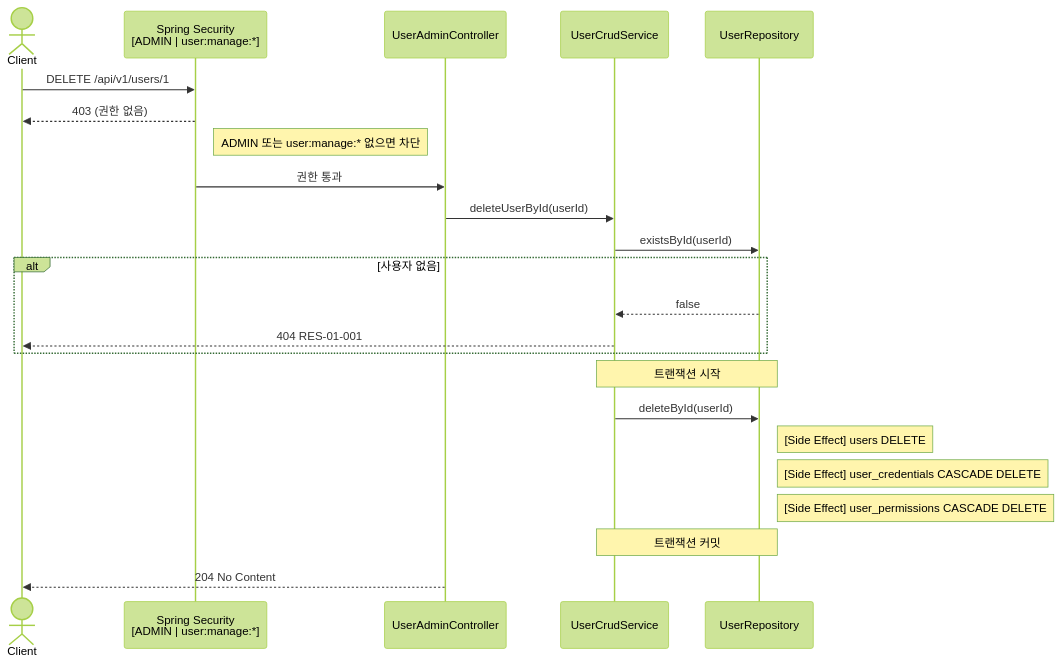
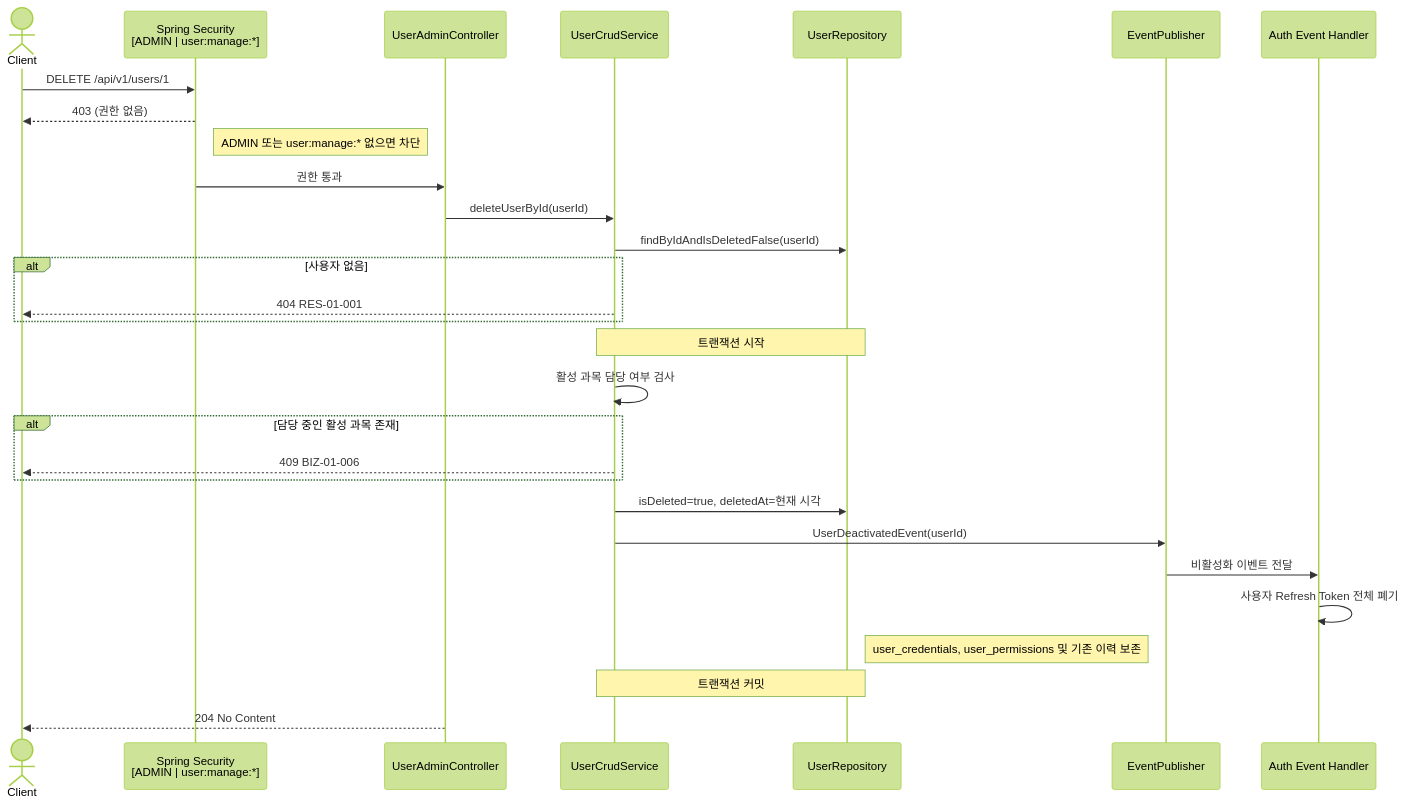
The fifth of 10 diagrams in docs/Domain/User/README.md (Geumjeongyahak/Backend), drawn with Mermaid (forest theme) before and after one commit. The commit also changed other lines of this file and 10 other files, not shown here.

Commit message:
docs(user): 계정 비활성화 및 인증 차단 정책 문서화 (#102)

````diff
--- a/docs/Domain/User/README.md
+++ b/docs/Domain/User/README.md
@@ -322,29 +322,35 @@
 ```mermaid
 sequenceDiagram
     actor Client
     participant Security as Spring Security<br/>[ADMIN | user:manage:*]
     participant Controller as UserAdminController
     participant Service as UserCrudService
     participant DB as UserRepository
+    participant Event as EventPublisher
+    participant Auth as Auth Event Handler
 
     Client->>Security: DELETE /api/v1/users/1
     Security-->>Client: 403 (권한 없음)
     note right of Security: ADMIN 또는 user:manage:* 없으면 차단
 
     Security->>Controller: 권한 통과
     Controller->>Service: deleteUserById(userId)
-    Service->>DB: existsById(userId)
+    Service->>DB: findByIdAndIsDeletedFalse(userId)
     alt 사용자 없음
-        DB-->>Service: false
         Service-->>Client: 404 RES-01-001
     end
 
     note over Service,DB: 트랜잭션 시작
-    Service->>DB: deleteById(userId)
-    note right of DB: [Side Effect] users DELETE
-    note right of DB: [Side Effect] user_credentials CASCADE DELETE
-    note right of DB: [Side Effect] user_permissions CASCADE DELETE
+    Service->>Service: 활성 과목 담당 여부 검사
+    alt 담당 중인 활성 과목 존재
+        Service-->>Client: 409 BIZ-01-006
+    end
+    Service->>DB: isDeleted=true, deletedAt=현재 시각
+    Service->>Event: UserDeactivatedEvent(userId)
+    Event->>Auth: 비활성화 이벤트 전달
+    Auth->>Auth: 사용자 Refresh Token 전체 폐기
+    note right of DB: user_credentials, user_permissions 및 기존 이력 보존
     note over Service,DB: 트랜잭션 커밋
 
     Controller-->>Client: 204 No Content
 ```
````
